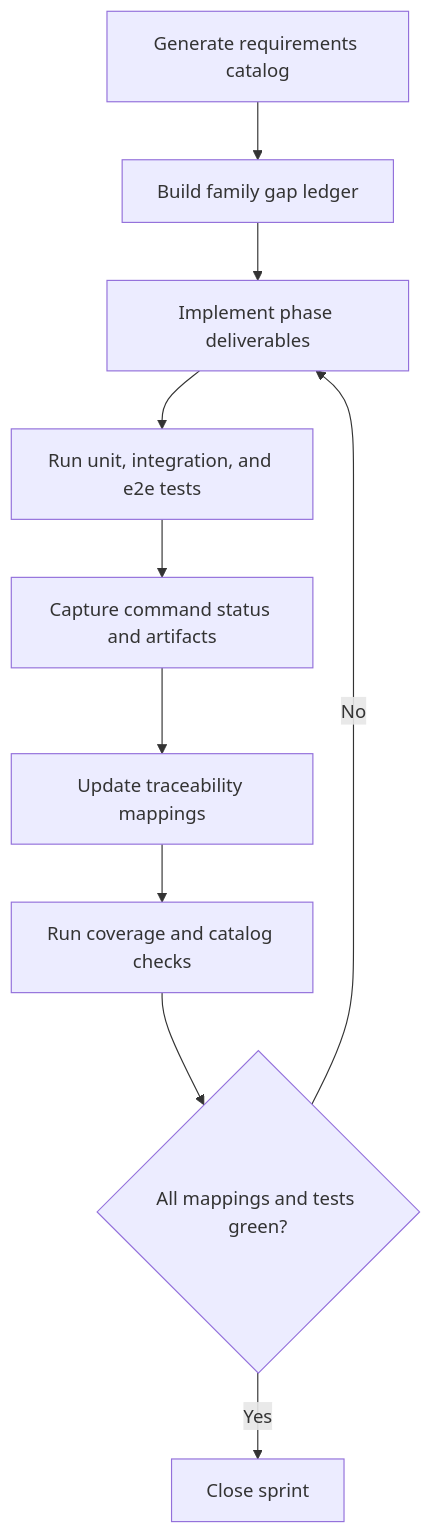
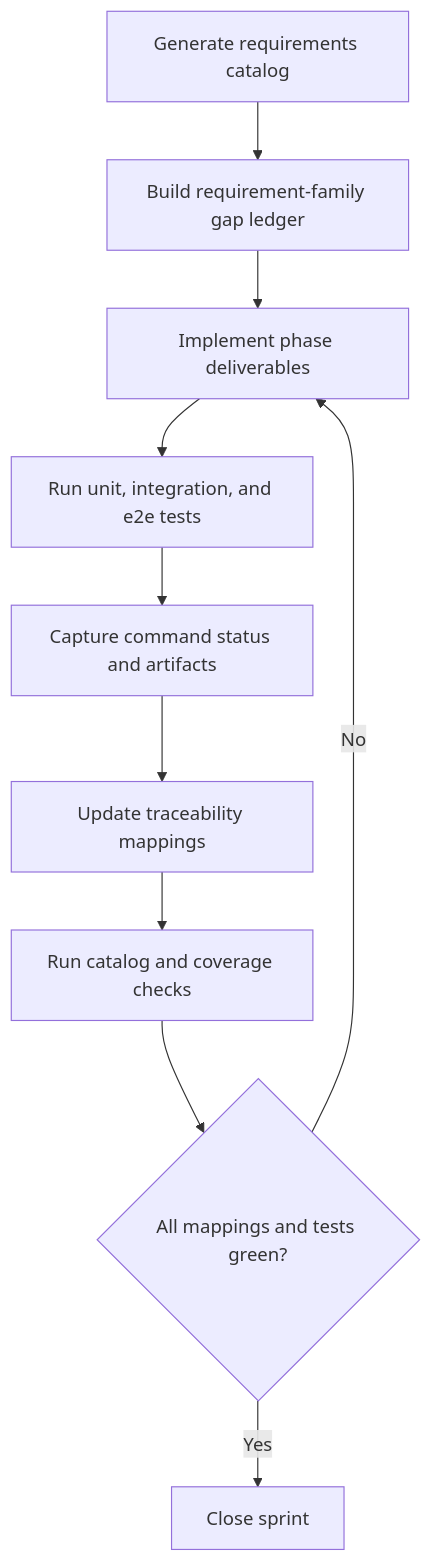
Before and after one commit to jaytaylor/attractor-tcl: the third of 5 diagrams in docs/sprints/SPRINT-003-close-spec-parity-tcl.md, drawn with Mermaid. The commit also changed other lines of this file, not shown here.

````diff
--- a/docs/sprints/SPRINT-003-close-spec-parity-tcl.md
+++ b/docs/sprints/SPRINT-003-close-spec-parity-tcl.md
@@ -1022,12 +475,12 @@
 ```mermaid
 flowchart TD
-  A[Generate requirements catalog] --> B[Build family gap ledger]
+  A[Generate requirements catalog] --> B[Build requirement-family gap ledger]
   B --> C[Implement phase deliverables]
   C --> D[Run unit, integration, and e2e tests]
   D --> E[Capture command status and artifacts]
   E --> F[Update traceability mappings]
-  F --> G[Run coverage and catalog checks]
+  F --> G[Run catalog and coverage checks]
   G --> H{All mappings and tests green?}
   H -->|No| C
   H -->|Yes| I[Close sprint]
 ```
````
